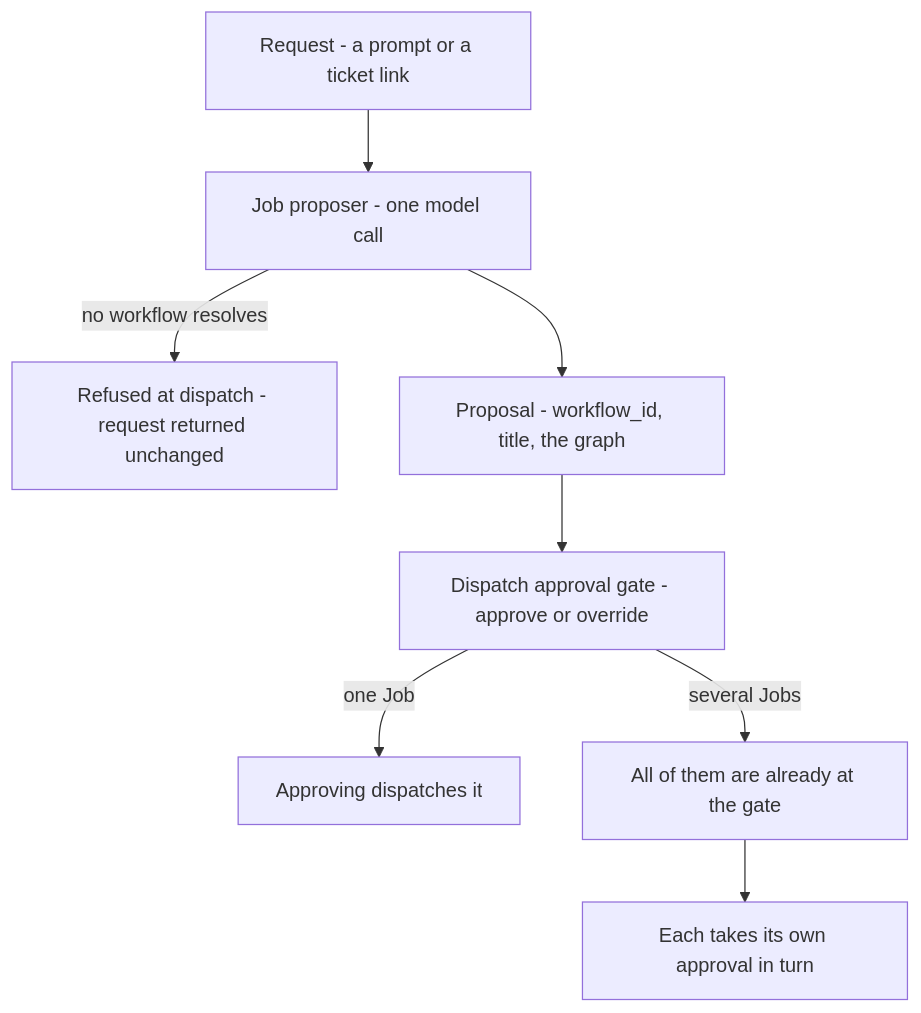
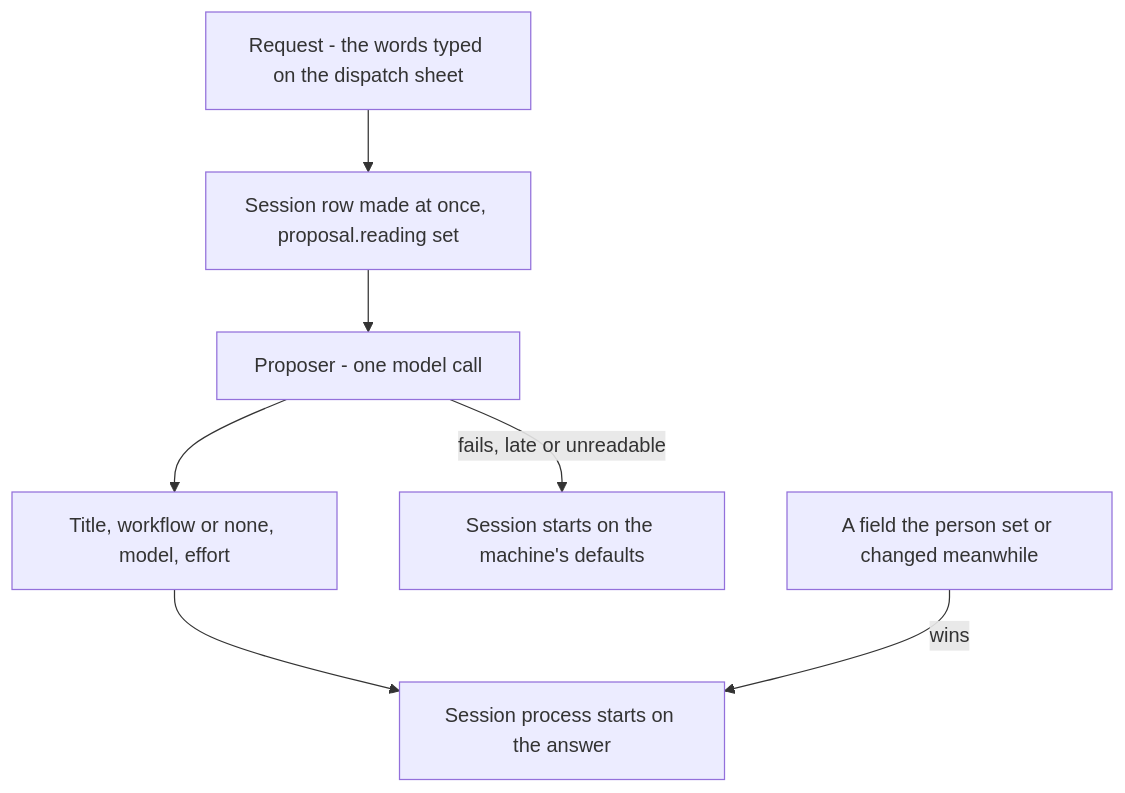
One commit to Mele-Labs/armada changed the diagram in docs/concepts/job-proposer.md. Above: the diagram before and after it, drawn with Mermaid. The commit also changed other lines of this file and 14 other files, not shown here.

````diff
--- a/docs/concepts/job-proposer.md
+++ b/docs/concepts/job-proposer.md
@@ -13,10 +13,9 @@
 ```mermaid
 flowchart TD
-  REQ["Request - a prompt or a ticket link"] --> CALL["Job proposer - one model call"]
-  CALL -->|no workflow resolves| REF["Refused at dispatch - request returned unchanged"]
-  CALL --> PROP["Proposal - workflow_id, title, the graph"]
-  PROP --> GATE["Dispatch approval gate - approve or override"]
-  GATE -->|one Job| ONE["Approving dispatches it"]
-  GATE -->|several Jobs| MANY["All of them are already at the gate"]
-  MANY --> EACH["Each takes its own approval in turn"]
+  REQ["Request - the words typed on the dispatch sheet"] --> START["Session row made at once, proposal.reading set"]
+  START --> CALL["Proposer - one model call"]
+  CALL --> ANS["Title, workflow or none, model, effort"]
+  CALL -->|fails, late or unreadable| DEF["Session starts on the machine's defaults"]
+  ANS --> RUN["Session process starts on the answer"]
+  PERSON["A field the person set or changed meanwhile"] -->|wins| RUN
 ```
````
